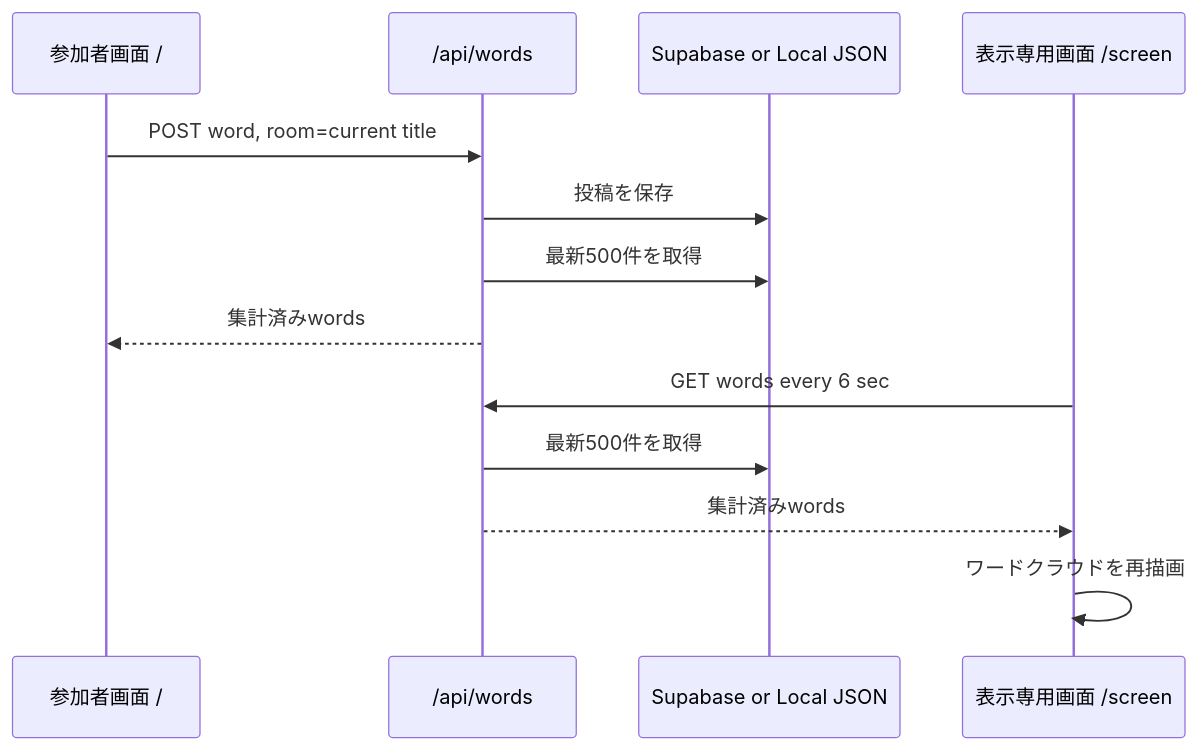
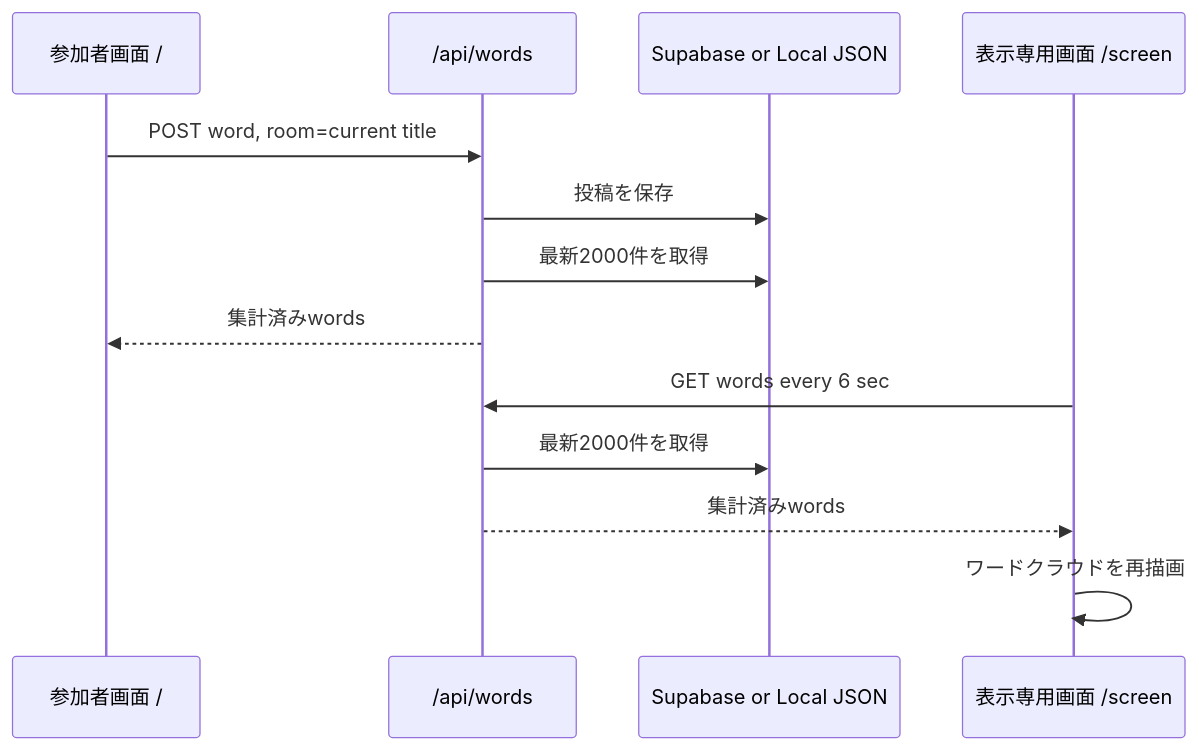
Before and after one commit to KDLYasuba/vercel-live-word-cloud: the fifth of 6 diagrams in SYSTEM_ARCHITECTURE.md, drawn with Mermaid. The commit also changed other lines of this file and 10 other files, not shown here.

````diff
--- a/SYSTEM_ARCHITECTURE.md
+++ b/SYSTEM_ARCHITECTURE.md
@@ -105,16 +111,16 @@
 ```mermaid
 sequenceDiagram
   participant PT as 参加者画面 /
   participant API as /api/words
   participant DB as Supabase or Local JSON
   participant SC as 表示専用画面 /screen
 
   PT->>API: POST word, room=current title
   API->>DB: 投稿を保存
-  API->>DB: 最新500件を取得
+  API->>DB: 最新2000件を取得
   API-->>PT: 集計済みwords
   SC->>API: GET words every 6 sec
-  API->>DB: 最新500件を取得
+  API->>DB: 最新2000件を取得
   API-->>SC: 集計済みwords
   SC->>SC: ワードクラウドを再描画
 ```
````
